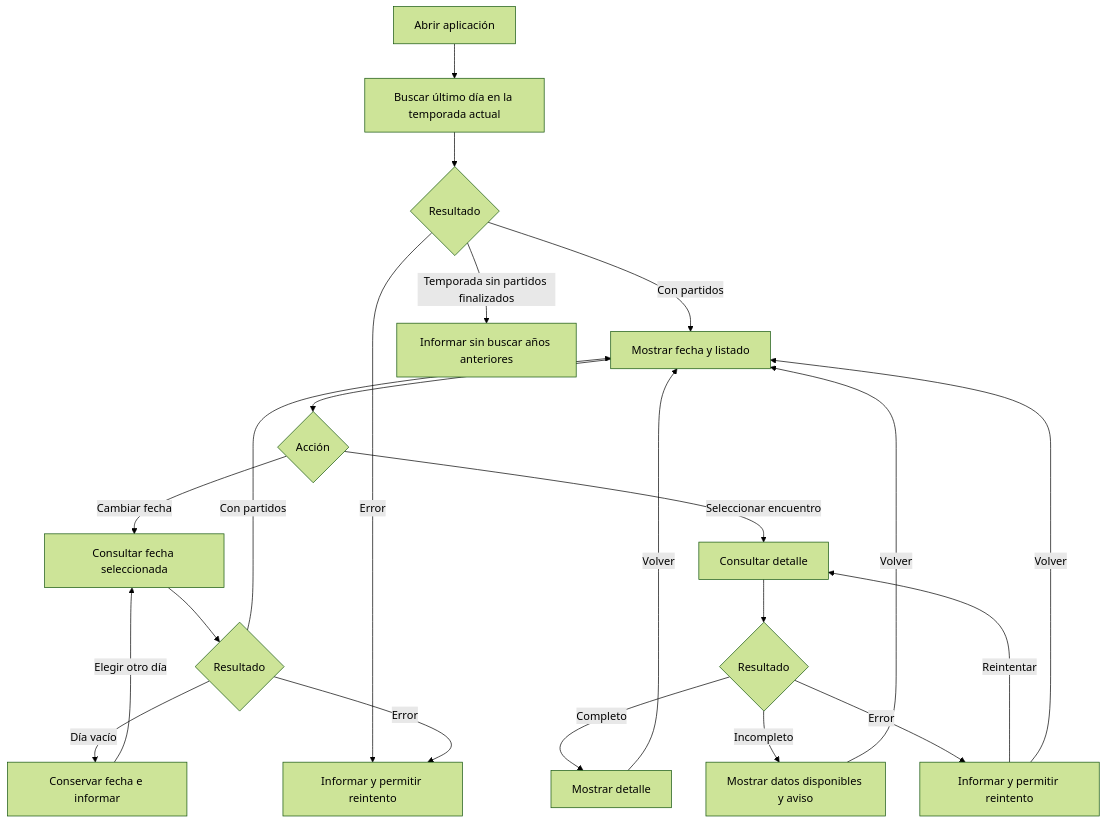
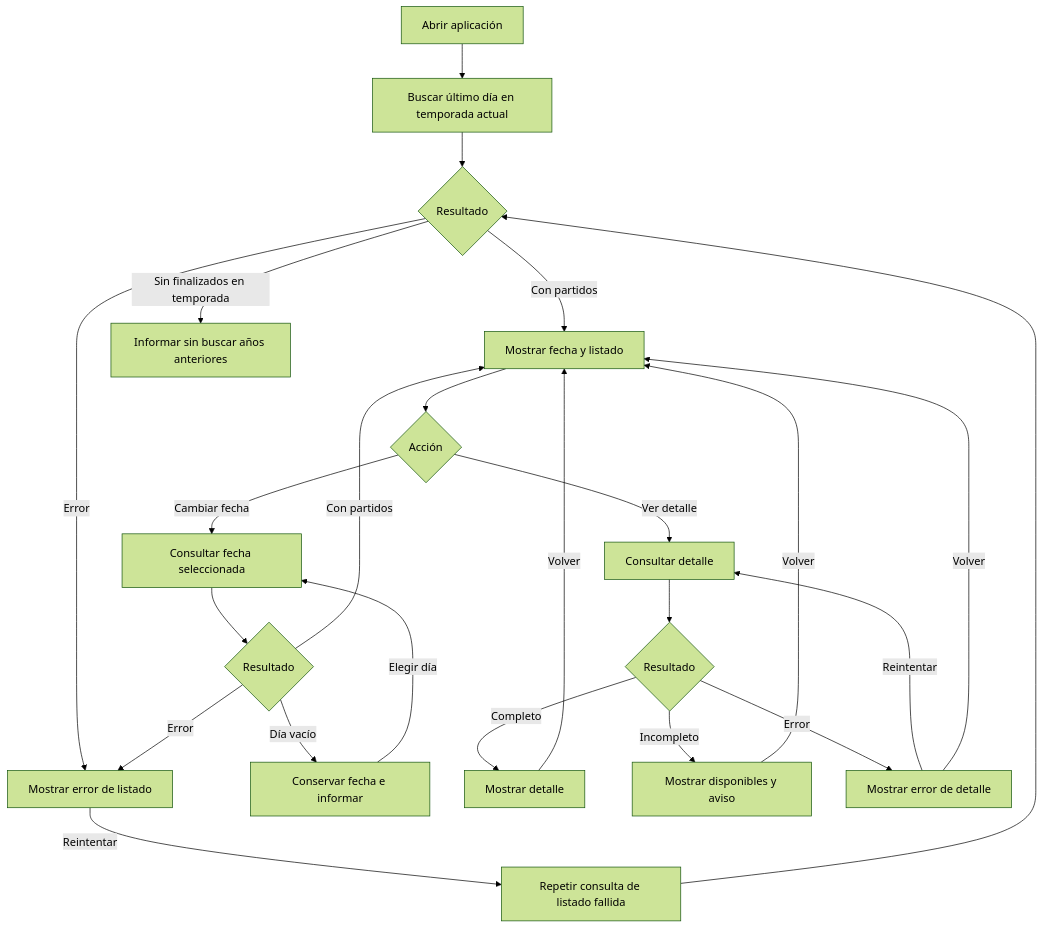
One commit to DiegoGSUJA/boxscore changed the diagram in docs/REQUISITOS.md. Above: the diagram before and after it, drawn with Mermaid (forest theme). The commit also changed other lines of this file and 3 other files, not shown here.

````diff
--- a/docs/REQUISITOS.md
+++ b/docs/REQUISITOS.md
@@ -118,24 +125,26 @@
 ```mermaid
 flowchart TD
-    A[Abrir aplicación] --> B[Buscar último día en la temporada actual]
+    A[Abrir aplicación] --> B[Buscar último día en temporada actual]
     B --> C{Resultado}
     C -->|Con partidos| D[Mostrar fecha y listado]
-    C -->|Temporada sin partidos finalizados| E[Informar sin buscar años anteriores]
-    C -->|Error| F[Informar y permitir reintento]
+    C -->|Sin finalizados en temporada| E[Informar sin buscar años anteriores]
+    C -->|Error| F[Mostrar error de listado]
     D --> G{Acción}
     G -->|Cambiar fecha| H[Consultar fecha seleccionada]
     H --> I{Resultado}
     I -->|Con partidos| D
     I -->|Día vacío| J[Conservar fecha e informar]
     I -->|Error| F
-    J -->|Elegir otro día| H
-    G -->|Seleccionar encuentro| K[Consultar detalle]
+    J -->|Elegir día| H
+    F -->|Reintentar| R[Repetir consulta de listado fallida]
+    R --> C
+    G -->|Ver detalle| K[Consultar detalle]
     K --> L{Resultado}
     L -->|Completo| M[Mostrar detalle]
-    L -->|Incompleto| N[Mostrar datos disponibles y aviso]
-    L -->|Error| O[Informar y permitir reintento]
+    L -->|Incompleto| N[Mostrar disponibles y aviso]
+    L -->|Error| O[Mostrar error de detalle]
     O -->|Reintentar| K
     M -->|Volver| D
     N -->|Volver| D
     O -->|Volver| D
 ```
````
